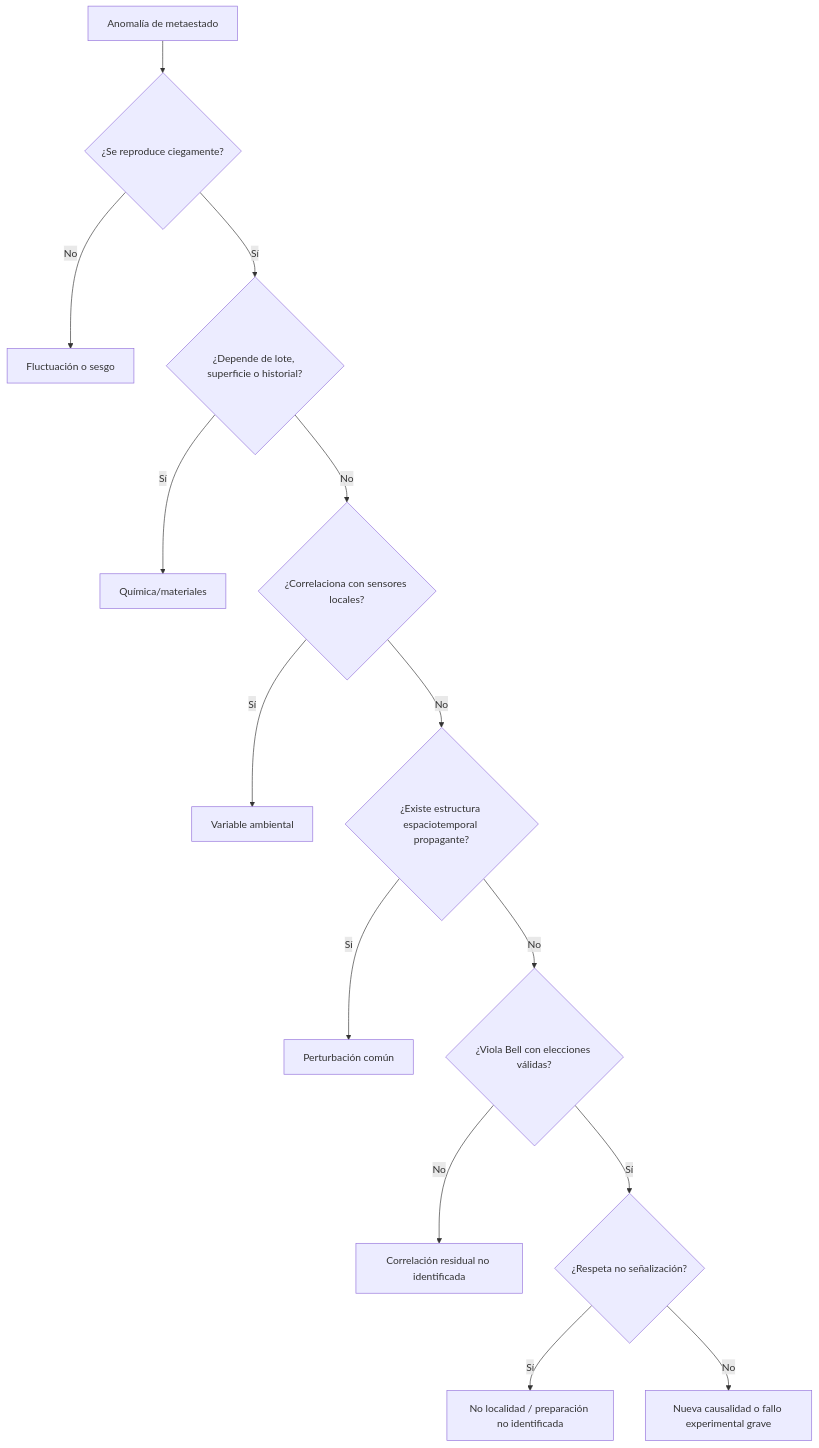
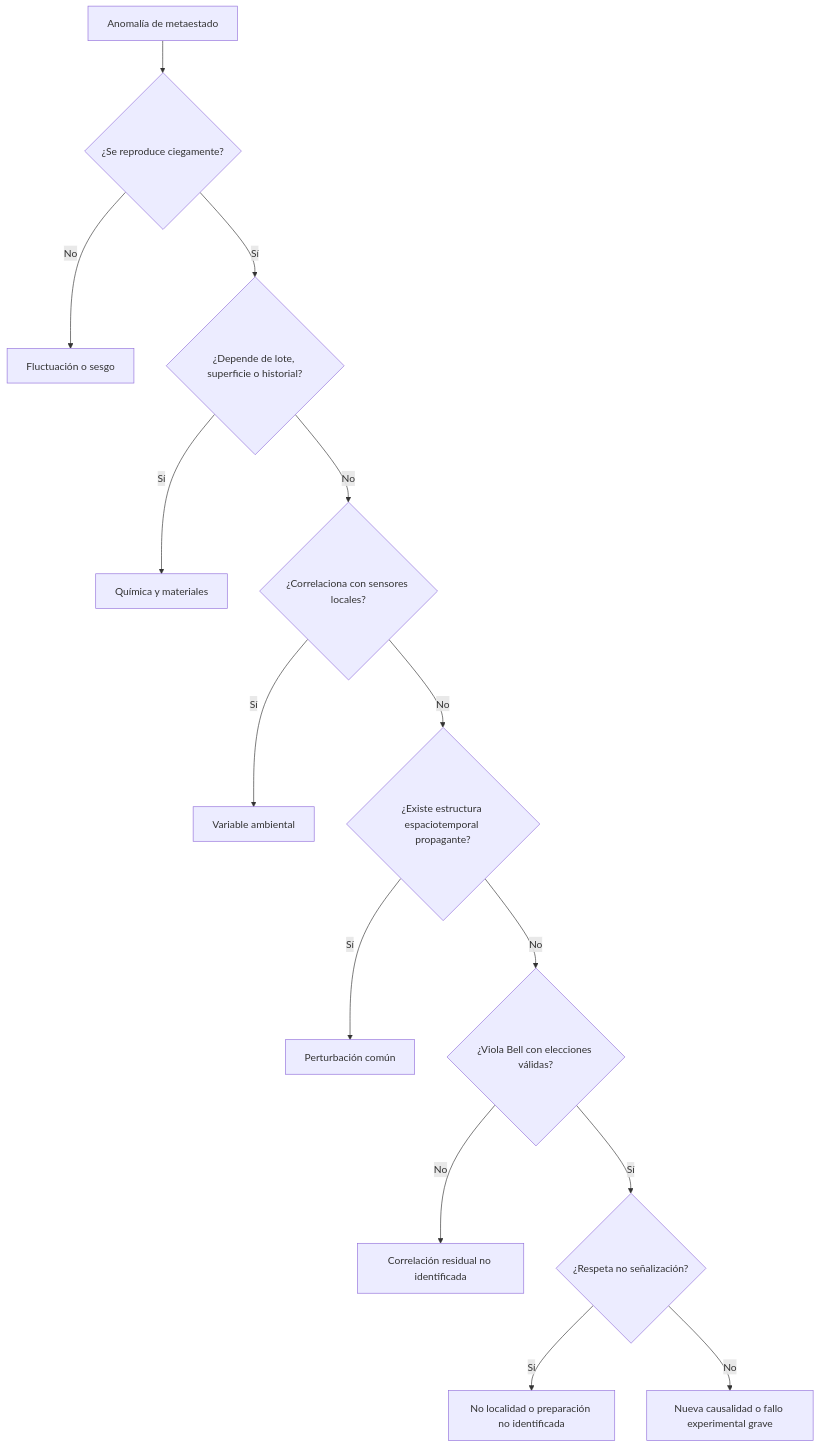
Before and after one commit to Papishushi/metastable-nucleation-suite: the diagram in docs/02_matriz_hipotesis.md, drawn with Mermaid. The commit also changed other lines of this file, not shown here.

````diff
--- a/docs/02_matriz_hipotesis.md
+++ b/docs/02_matriz_hipotesis.md
@@ -23,16 +83,16 @@
 ```mermaid
 flowchart TD
     X[Anomalía de metaestado] --> A{¿Se reproduce ciegamente?}
     A -- No --> Z[Fluctuación o sesgo]
     A -- Sí --> B{¿Depende de lote, superficie o historial?}
-    B -- Sí --> C[Química/materiales]
+    B -- Sí --> C[Química y materiales]
     B -- No --> D{¿Correlaciona con sensores locales?}
     D -- Sí --> E[Variable ambiental]
     D -- No --> F{¿Existe estructura espaciotemporal propagante?}
     F -- Sí --> G[Perturbación común]
     F -- No --> H{¿Viola Bell con elecciones válidas?}
     H -- No --> I[Correlación residual no identificada]
     H -- Sí --> J{¿Respeta no señalización?}
-    J -- Sí --> K[No localidad / preparación no identificada]
+    J -- Sí --> K[No localidad o preparación no identificada]
     J -- No --> L[Nueva causalidad o fallo experimental grave]
 ```
````
